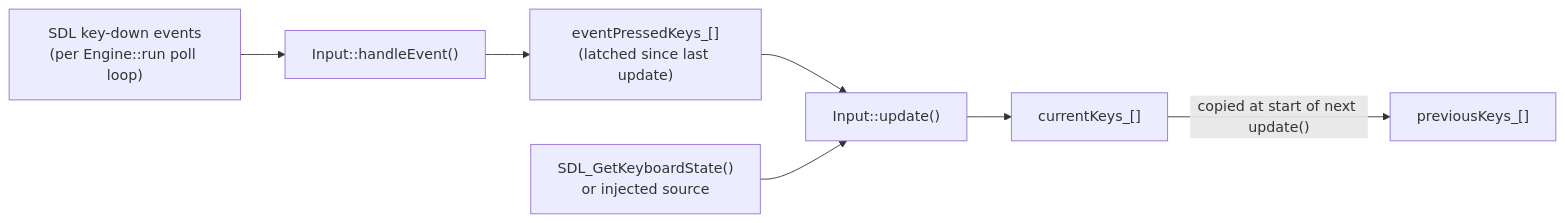
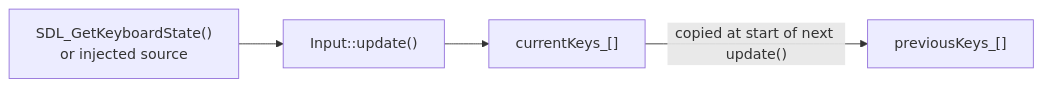
Before and after one commit to CSC581/shared-engine: the third of 3 diagrams in docs/ENGINE_REFERENCE.md, drawn with Mermaid. The commit also changed other lines of this file and 2 other files, not shown here.

````diff
--- a/docs/ENGINE_REFERENCE.md
+++ b/docs/ENGINE_REFERENCE.md
@@ -1452,15 +1442,11 @@
 ```mermaid
 flowchart LR
-    sdlEvents["SDL key-down events\n(per Engine::run poll loop)"]
-    handleEvent["Input::handleEvent()"]
-    eventPressed["eventPressedKeys_[]\n(latched since last update)"]
     sdlState["SDL_GetKeyboardState()\nor injected source"]
     update["Input::update()"]
     currentKeys["currentKeys_[]"]
     previousKeys["previousKeys_[]"]
 
-    sdlEvents --> handleEvent --> eventPressed --> update
     sdlState --> update
     update --> currentKeys
     currentKeys -->|"copied at start of next update()"| previousKeys
 ```
````
